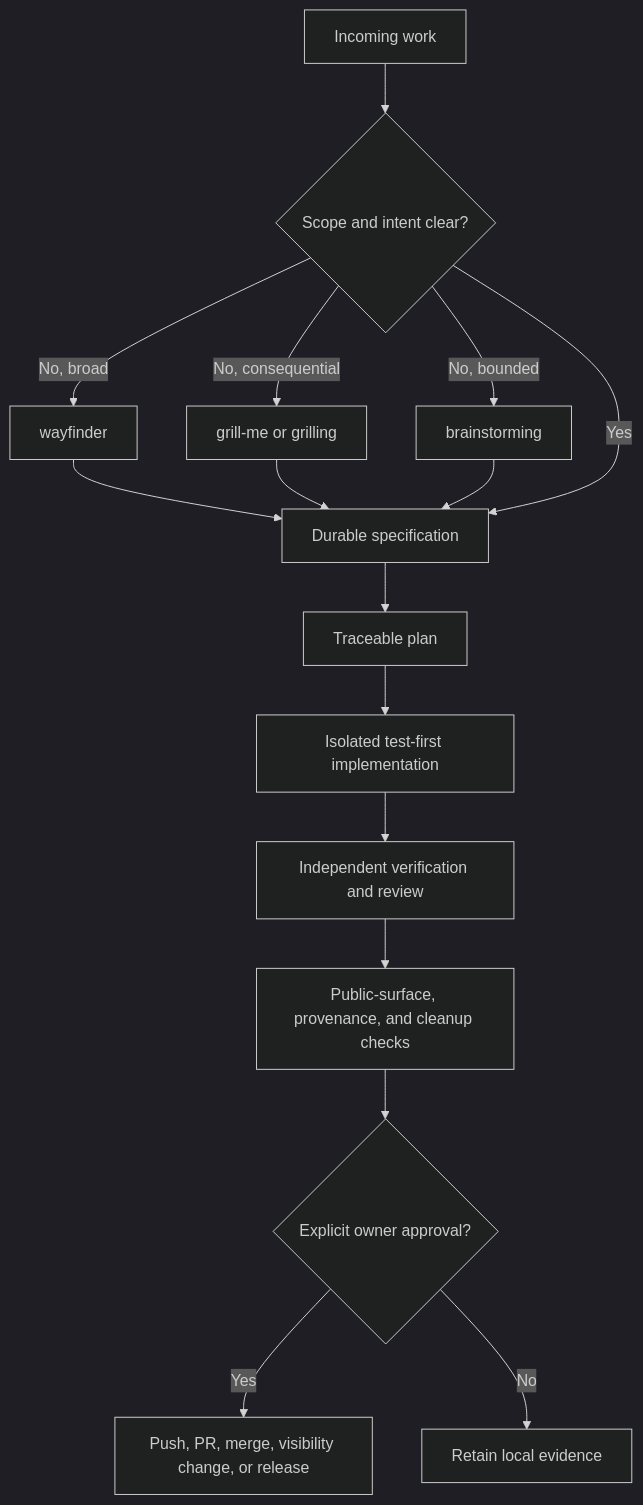
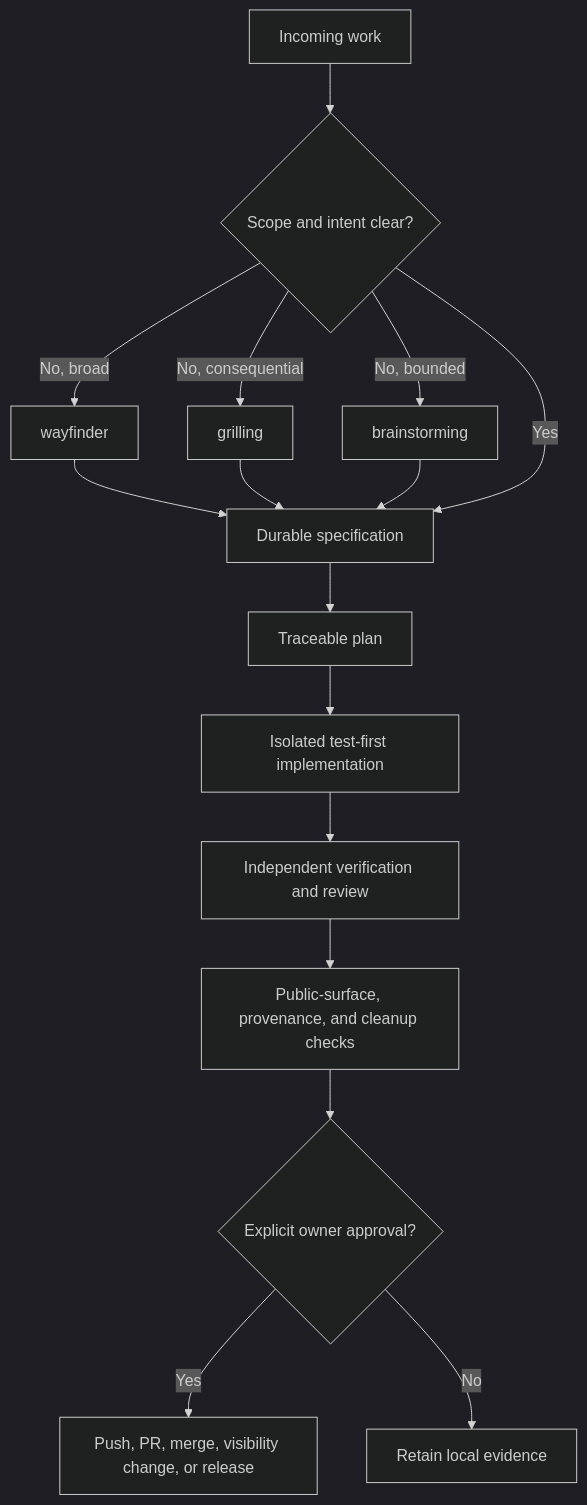
Before and after one commit to GiuseppeVe/agentic-engineering-skills: the diagram in docs/workflow.md, drawn with Mermaid (dark theme). The commit also changed other lines of this file and 135 other files, not shown here.

````diff
--- a/docs/workflow.md
+++ b/docs/workflow.md
@@ -77,18 +77,18 @@
 ```mermaid
 flowchart TD
   Q[Incoming work] --> S{Scope and intent clear?}
   S -->|No, broad| W[wayfinder]
-  S -->|No, consequential| G[grill-me or grilling]
+  S -->|No, consequential| G[grilling]
   S -->|No, bounded| B[brainstorming]
   W --> D[Durable specification]
   G --> D
   B --> D
   S -->|Yes| D
   D --> P[Traceable plan]
   P --> I[Isolated test-first implementation]
   I --> E[Independent verification and review]
   E --> C[Public-surface, provenance, and cleanup checks]
   C --> A{Explicit owner approval?}
   A -->|Yes| X[Push, PR, merge, visibility change, or release]
   A -->|No| L[Retain local evidence]
 ```
````
